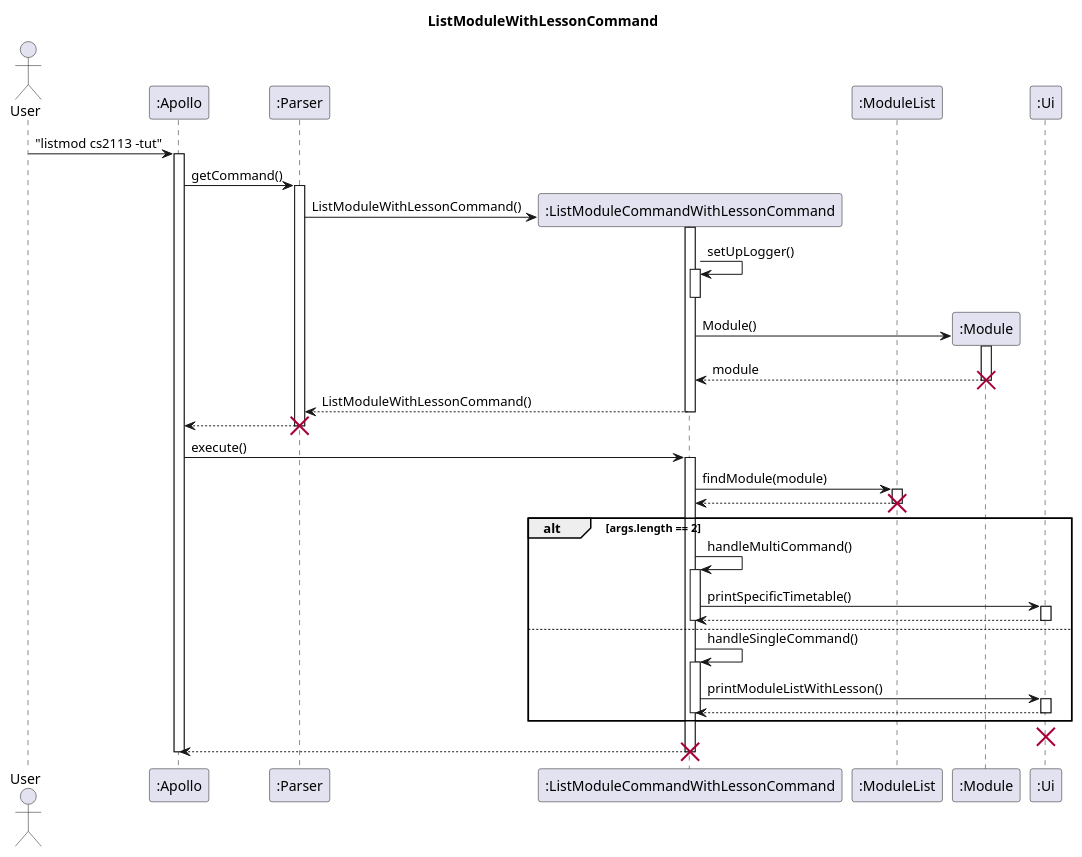
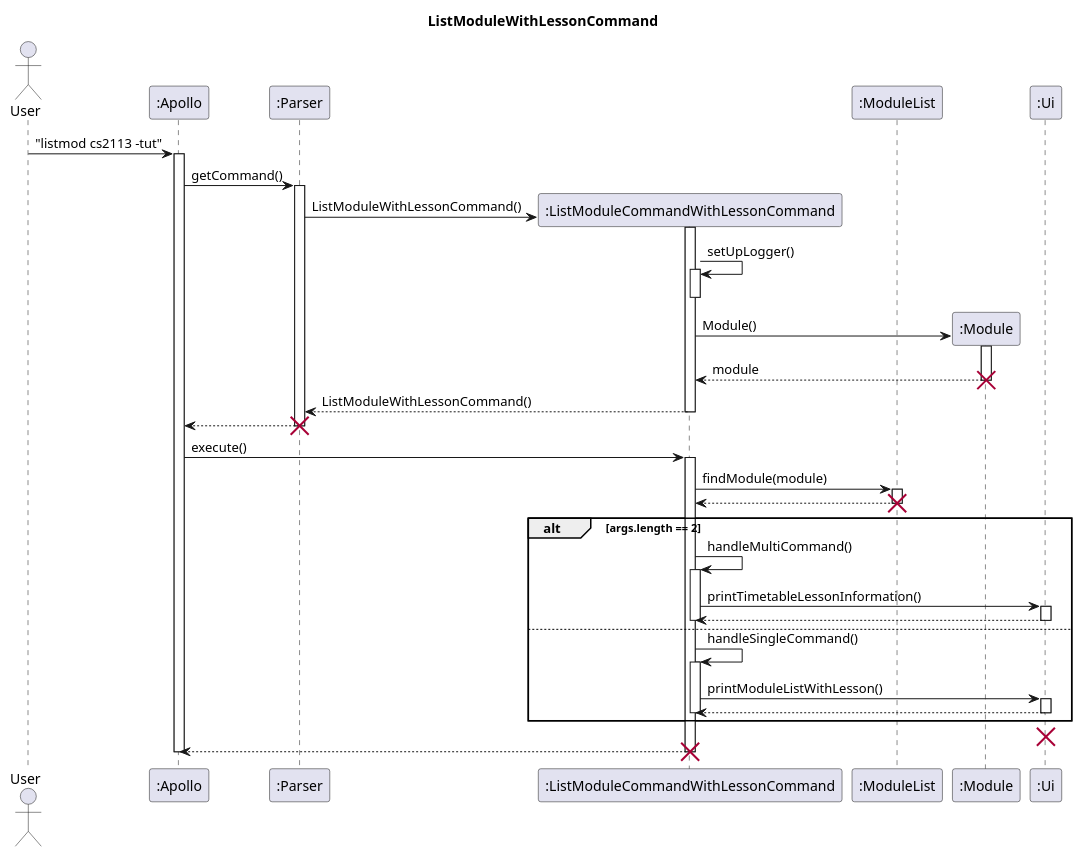
The diagram in docs/uml-source/sequence/ListModuleWithLessonCommand.puml (nus-cs2113-AY2223S2/tp), drawn with PlantUML before and after one commit. The commit also changed 1 other file, not shown here.

Commit message:
Update Sequence Diagram

```diff
--- a/docs/uml-source/sequence/ListModuleWithLessonCommand.puml
+++ b/docs/uml-source/sequence/ListModuleWithLessonCommand.puml
@@ -1,91 +1,91 @@
 @startuml
 'https://plantuml.com/sequence-diagram
 
 skinparam maxMessageSize 150
 
 title ListModuleWithLessonCommand
 
 actor User
 
 participant ":Apollo" as Apollo
 participant ":Parser" as Parser
 participant ":ListModuleCommandWithLessonCommand" as ListMod
 participant ":ModuleList" as ModuleList
 participant ":Module" as Module
 participant ":Ui" as Ui
 
 User -> Apollo : "listmod cs2113 -tut"
 
 activate Apollo
 Apollo -> Parser : getCommand()
 activate Parser
 
 Parser -> ListMod** : ListModuleWithLessonCommand()
 activate ListMod
 
 ListMod -> ListMod : setUpLogger()
 activate ListMod
 deactivate ListMod
 
 ListMod -> Module** : Module()
 activate Module
 Module --> ListMod : module
 deactivate Module
 destroy Module
 
 ListMod --> Parser : ListModuleWithLessonCommand()
 deactivate ListMod
 
 Parser --> Apollo
 deactivate Parser
 destroy Parser
 
 Apollo -> ListMod : execute()
 activate ListMod
 
 ListMod -> ModuleList : findModule(module)
 activate ModuleList
 ModuleList --> ListMod
 deactivate ModuleList
 destroy ModuleList
 
 
 alt args.length == 2
 ListMod -> ListMod : handleMultiCommand()
 activate ListMod
-ListMod -> Ui : printSpecificTimetable()
+ListMod -> Ui : printTimetableLessonInformation()
 
 activate Ui
 Ui --> ListMod
 deactivate Ui
 
 deactivate ListMod
 
 else
 ListMod -> ListMod : handleSingleCommand()
 activate ListMod
 ListMod -> Ui : printModuleListWithLesson()
 
 activate Ui
 Ui --> ListMod
 deactivate Ui
 
 deactivate ListMod
 
 end
 
 destroy Ui
 
 ListMod --> Apollo
 
 deactivate ListMod
 destroy ListMod
 
 
 deactivate Apollo
 
 
 
 
 
 @enduml
```
